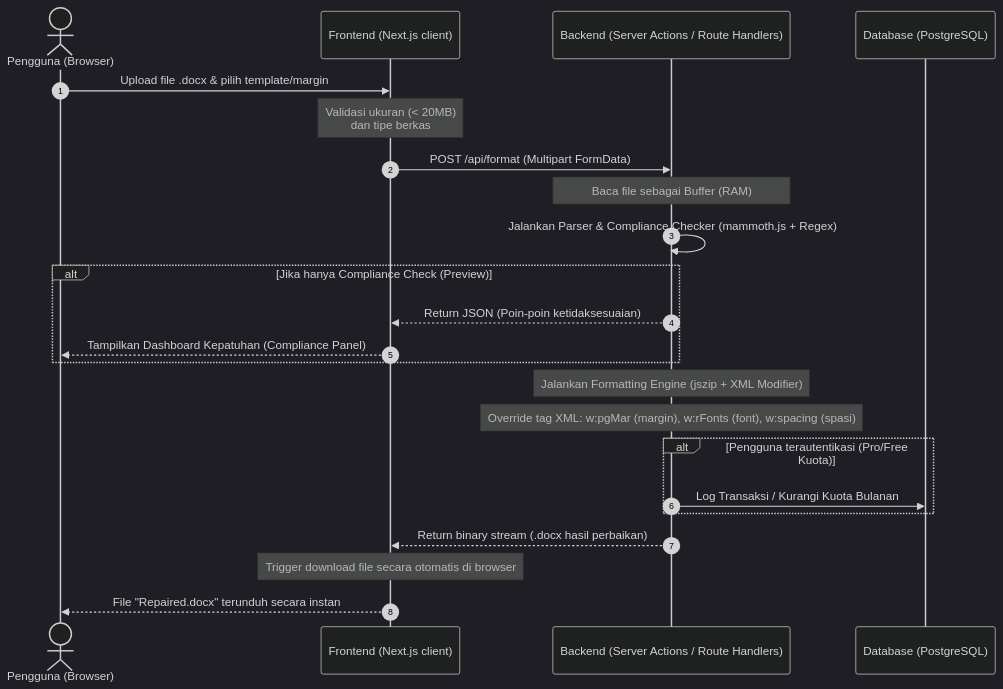
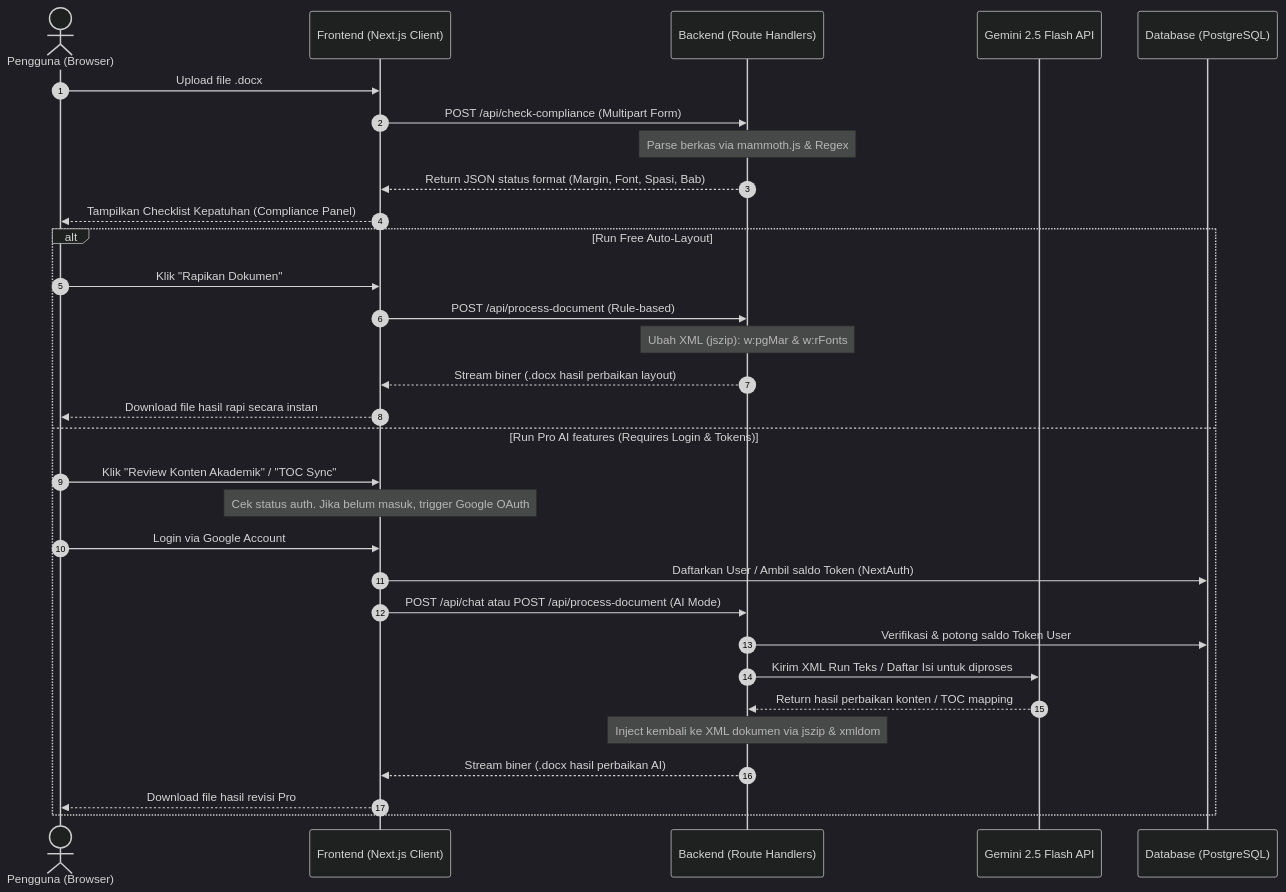
Before and after one commit to ilsetiawan1/rapihin-ai: the diagram in docs/TRD.md, drawn with Mermaid (dark theme). The commit also changed other lines of this file and 2 other files, not shown here.

Commit message:
docs: sinkronisasi spesifikasi produk, TRD, dan roadmap dengan fitur AI & Token

````diff
--- a/docs/TRD.md
+++ b/docs/TRD.md
@@ -12,31 +11,36 @@
 ```mermaid
 sequenceDiagram
     autonumber
     actor User as Pengguna (Browser)
-    participant FE as Frontend (Next.js client)
-    participant BE as Backend (Server Actions / Route Handlers)
+    participant FE as Frontend (Next.js Client)
+    participant BE as Backend (Route Handlers)
+    participant Gemini as Gemini 2.5 Flash API
     participant DB as Database (PostgreSQL)
 
-    User->>FE: Upload file .docx & pilih template/margin
-    Note over FE: Validasi ukuran (< 20MB)<br/>dan tipe berkas
-    FE->>BE: POST /api/format (Multipart FormData)
-    
-    Note over BE: Baca file sebagai Buffer (RAM)
-    BE->>BE: Jalankan Parser & Compliance Checker (mammoth.js + Regex)
-    
-    alt Jika hanya Compliance Check (Preview)
-        BE-->>FE: Return JSON (Poin-poin ketidaksesuaian)
-        FE-->>User: Tampilkan Dashboard Kepatuhan (Compliance Panel)
+    User->>FE: Upload file .docx
+    FE->>BE: POST /api/check-compliance (Multipart Form)
+    Note over BE: Parse berkas via mammoth.js & Regex
+    BE-->>FE: Return JSON status format (Margin, Font, Spasi, Bab)
+    FE-->>User: Tampilkan Checklist Kepatuhan (Compliance Panel)
+
+    alt Run Free Auto-Layout
+        User->>FE: Klik "Rapikan Dokumen"
+        FE->>BE: POST /api/process-document (Rule-based)
+        Note over BE: Ubah XML (jszip): w:pgMar & w:rFonts
+        BE-->>FE: Stream biner (.docx hasil perbaikan layout)
+        FE-->>User: Download file hasil rapi secara instan
+    else Run Pro AI features (Requires Login & Tokens)
+        User->>FE: Klik "Review Konten Akademik" / "TOC Sync"
+        Note over FE: Cek status auth. Jika belum masuk, trigger Google OAuth
+        User->>FE: Login via Google Account
+        FE->>DB: Daftarkan User / Ambil saldo Token (NextAuth)
+        
+        FE->>BE: POST /api/chat atau POST /api/process-document (AI Mode)
+        BE->>DB: Verifikasi & potong saldo Token User
+        BE->>Gemini: Kirim XML Run Teks / Daftar Isi untuk diproses
+        Gemini-->>BE: Return hasil perbaikan konten / TOC mapping
+        Note over BE: Inject kembali ke XML dokumen via jszip & xmldom
+        BE-->>FE: Stream biner (.docx hasil perbaikan AI)
+        FE-->>User: Download file hasil revisi Pro
     end
-    
-    Note over BE: Jalankan Formatting Engine (jszip + XML Modifier)
-    Note over BE: Override tag XML: w:pgMar (margin), w:rFonts (font), w:spacing (spasi)
-    
-    alt Pengguna terautentikasi (Pro/Free Kuota)
-        BE->>DB: Log Transaksi / Kurangi Kuota Bulanan
-    end
-    
-    BE-->>FE: Return binary stream (.docx hasil perbaikan)
-    Note over FE: Trigger download file secara otomatis di browser
-    FE-->>User: File "Repaired.docx" terunduh secara instan
 ```
````
